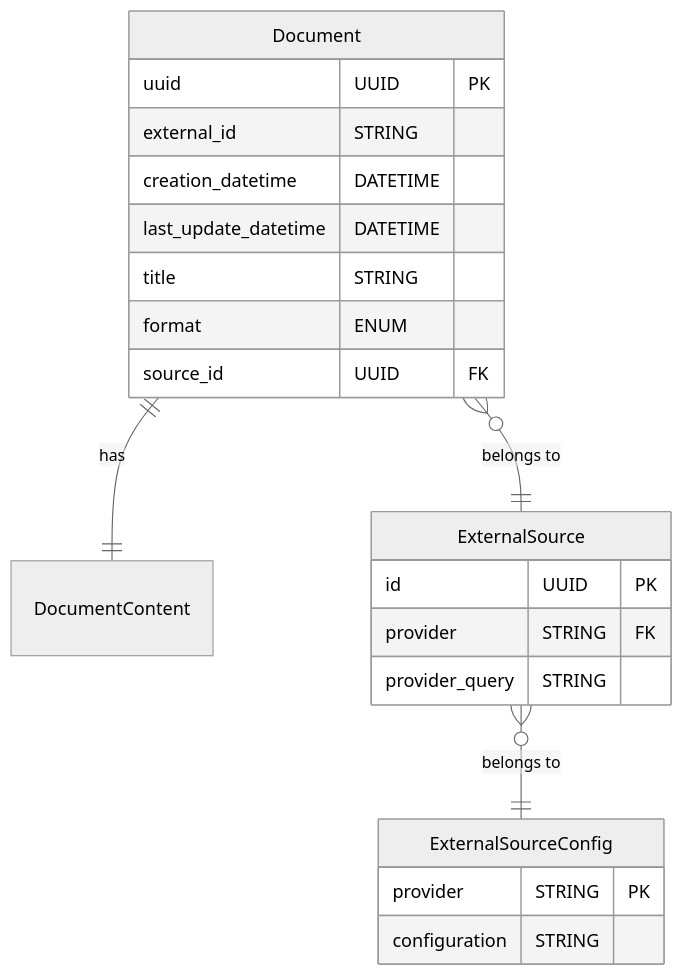
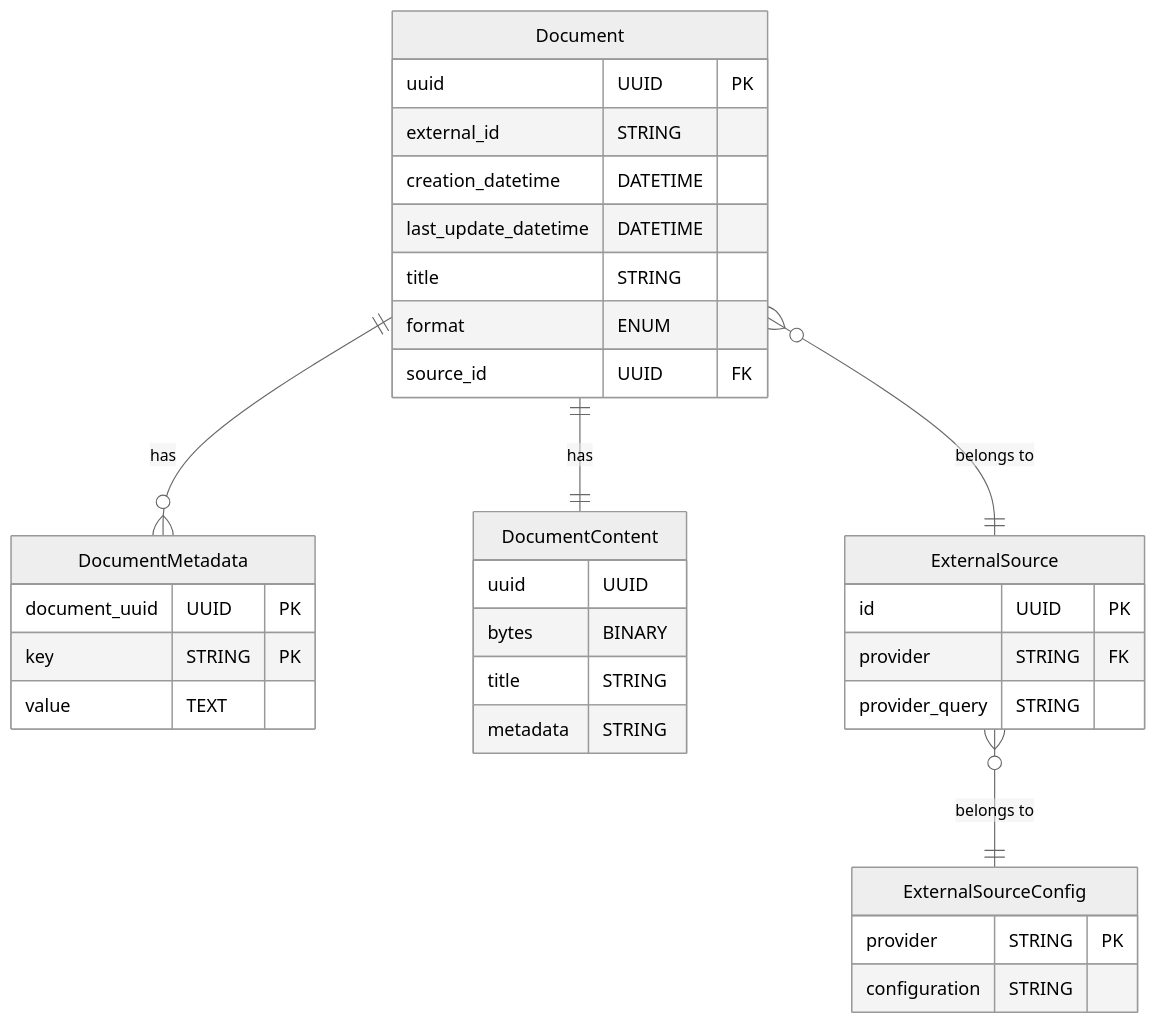
The diagram in docs/architecture/adapters.md (fpacifici/assistant), drawn with Mermaid (neutral theme) before and after one commit. The commit also changed other lines of this file, not shown here.

````diff
--- a/docs/architecture/adapters.md
+++ b/docs/architecture/adapters.md
@@ -33,29 +45,41 @@
 ```mermaid
 erDiagram
+    Document ||--o{ DocumentMetadata : "has"
     Document ||--|| DocumentContent : "has"
     Document }o--|| ExternalSource : "belongs to"
     ExternalSource }o--|| ExternalSourceConfig : "belongs to"
 
     Document {
         uuid UUID PK
         external_id STRING
         creation_datetime DATETIME
         last_update_datetime DATETIME
         title STRING
         format ENUM
         source_id UUID FK
     }
 
-    DocumentContent {}
+    DocumentMetadata {
+        document_uuid UUID PK
+        key STRING PK
+        value TEXT
+    }
+
+    DocumentContent {
+        uuid UUID
+        bytes BINARY
+        title STRING
+        metadata STRING
+    }
 
     ExternalSource {
         id UUID PK
         provider STRING FK
         provider_query STRING
     }
 
     ExternalSourceConfig {
         provider STRING PK
         configuration STRING
     }
 ```
````
